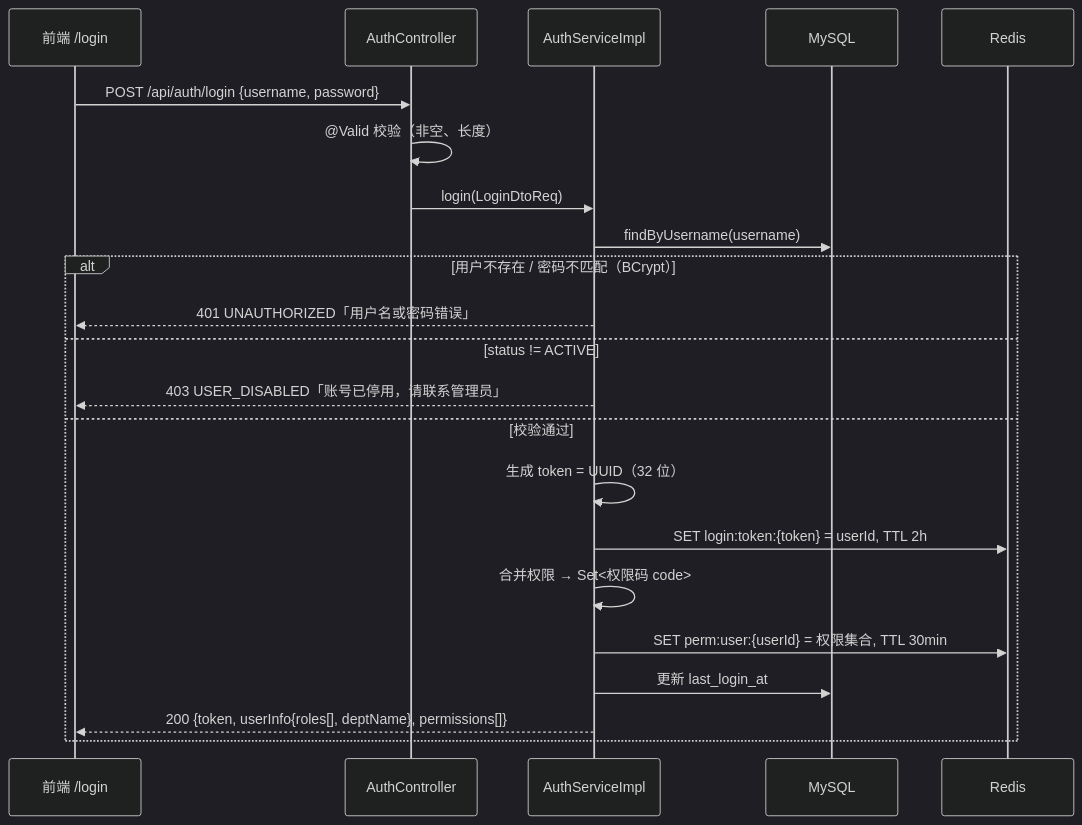
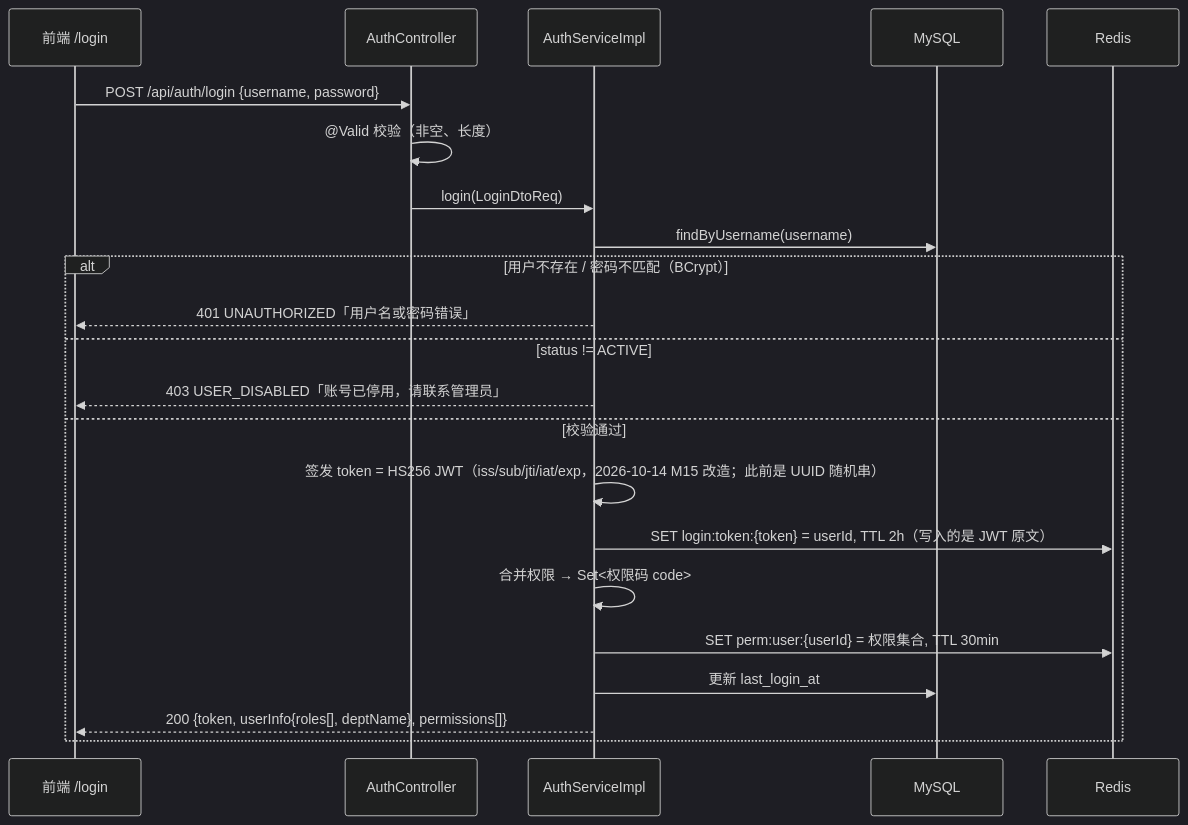
The second of 5 diagrams in docs/02-design/ARCHITECTURE.md (RizzyZyaire/campusswap-doc-platform), drawn with Mermaid (dark theme) before and after one commit. The commit also changed other lines of this file and 9 other files, not shown here.

````diff
--- a/docs/02-design/ARCHITECTURE.md
+++ b/docs/02-design/ARCHITECTURE.md
@@ -131,24 +131,24 @@
 ```mermaid
 sequenceDiagram
     participant FE as 前端 /login
     participant C as AuthController
     participant S as AuthServiceImpl
     participant DB as MySQL
     participant R as Redis
     FE->>C: POST /api/auth/login {username, password}
     C->>C: @Valid 校验（非空、长度）
     C->>S: login(LoginDtoReq)
     S->>DB: findByUsername(username)
     alt 用户不存在 / 密码不匹配（BCrypt）
         S-->>FE: 401 UNAUTHORIZED「用户名或密码错误」
     else status != ACTIVE
         S-->>FE: 403 USER_DISABLED「账号已停用，请联系管理员」
     else 校验通过
-        S->>S: 生成 token = UUID（32 位）
-        S->>R: SET login:token:{token} = userId, TTL 2h
+        S->>S: 签发 token = HS256 JWT（iss/sub/jti/iat/exp，2026-10-14 M15 改造；此前是 UUID 随机串）
+        S->>R: SET login:token:{token} = userId, TTL 2h（写入的是 JWT 原文）
         S->>S: 合并权限 → Set<权限码 code>
         S->>R: SET perm:user:{userId} = 权限集合, TTL 30min
         S->>DB: 更新 last_login_at
         S-->>FE: 200 {token, userInfo{roles[], deptName}, permissions[]}
     end
 ```
````
